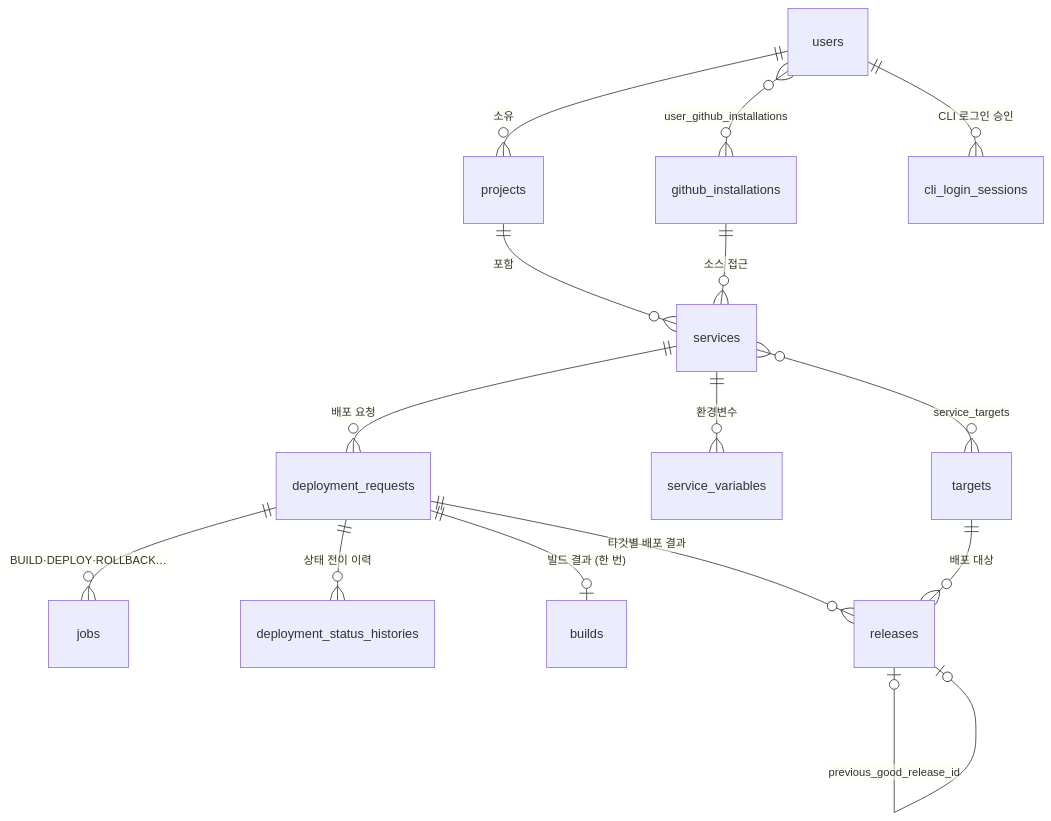
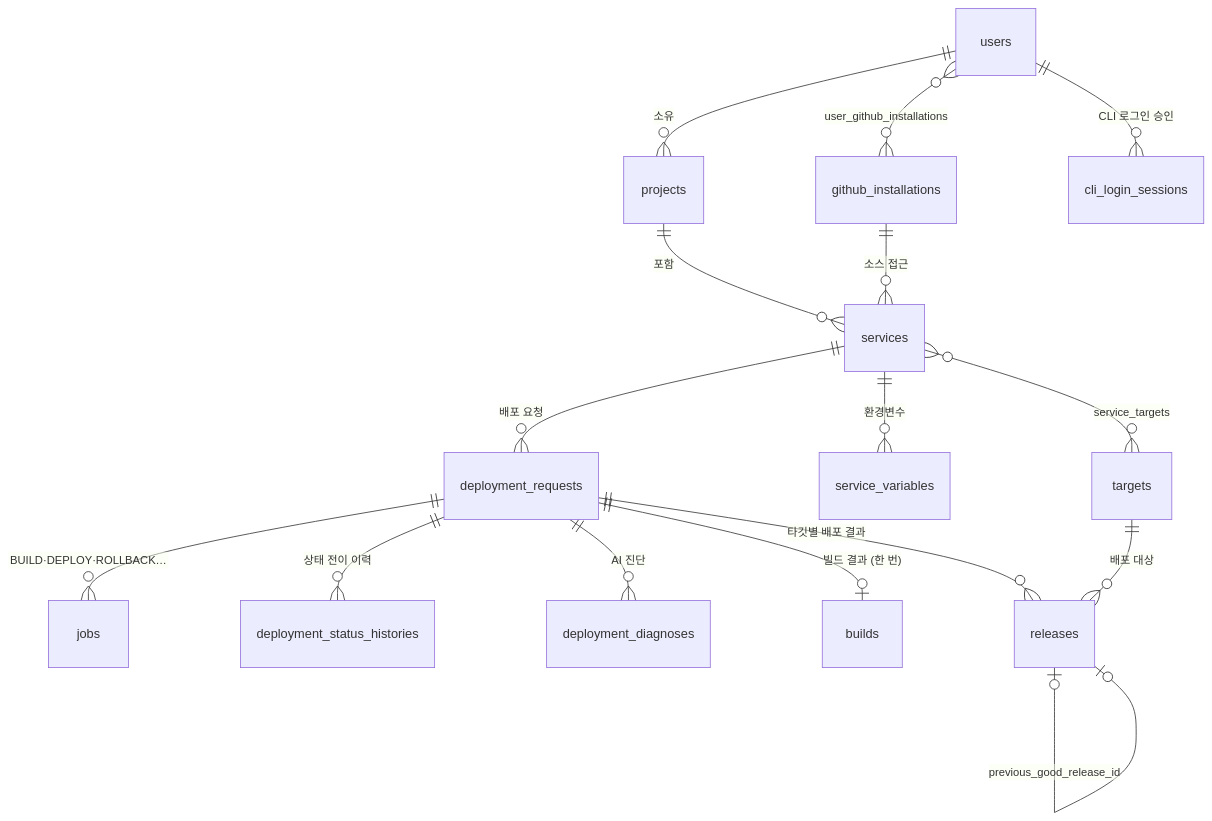
One commit to 2026-softbank-1/iris-was changed the diagram in .claude/rules/term-dictionary.md. Above: the diagram before and after it, drawn with Mermaid. The commit also changed other lines of this file and 29 other files, not shown here.

````diff
--- a/.claude/rules/term-dictionary.md
+++ b/.claude/rules/term-dictionary.md
@@ -44,17 +46,18 @@
 ```mermaid
 erDiagram
   users ||--o{ projects : "소유"
   users }o--o{ github_installations : "user_github_installations"
   users ||--o{ cli_login_sessions : "CLI 로그인 승인"
   projects ||--o{ services : "포함"
   github_installations ||--o{ services : "소스 접근"
   services }o--o{ targets : "service_targets"
   services ||--o{ service_variables : "환경변수"
   services ||--o{ deployment_requests : "배포 요청"
   deployment_requests ||--o{ jobs : "BUILD·DEPLOY·ROLLBACK…"
   deployment_requests ||--o{ deployment_status_histories : "상태 전이 이력"
+  deployment_requests ||--o{ deployment_diagnoses : "AI 진단"
   deployment_requests ||--o| builds : "빌드 결과 (한 번)"
   deployment_requests ||--o{ releases : "타깃별 배포 결과"
   targets ||--o{ releases : "배포 대상"
   releases |o--o| releases : "previous_good_release_id"
 ```
````
